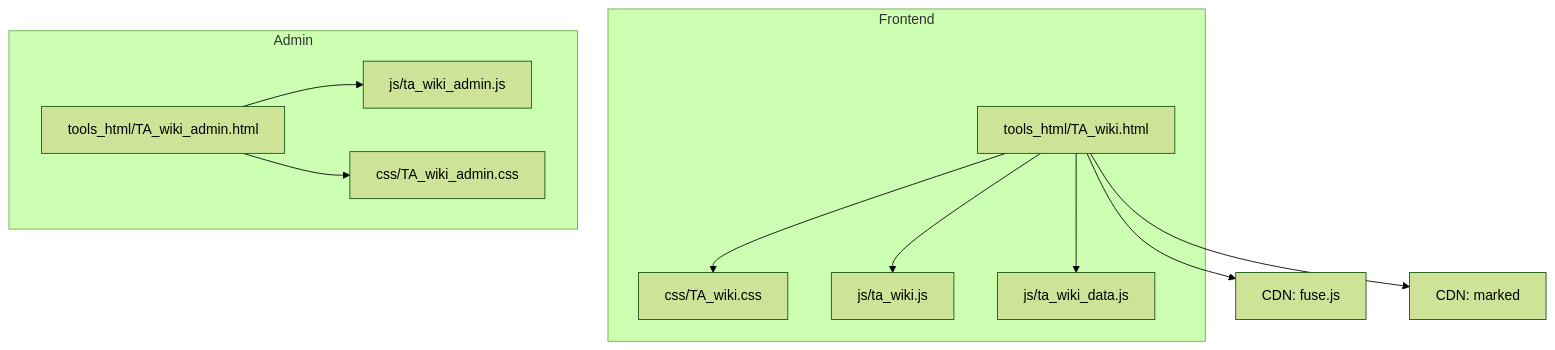
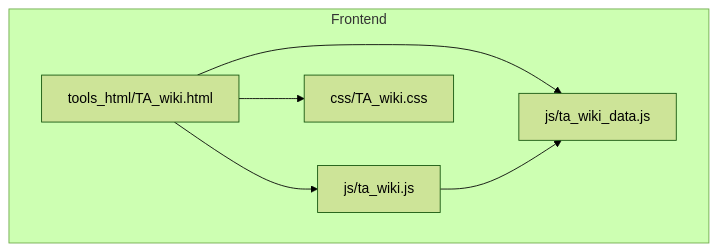
The first of 7 diagrams in .qoder/repowiki/en/content/Knowledge Base System/TA Wiki Frontend.md (treasureGrove/TAWEBTOOL), drawn with Mermaid (forest theme) before and after one commit. The commit also changed other lines of this file and 101 other files, not shown here.

````diff
--- a/.qoder/repowiki/en/content/Knowledge Base System/TA Wiki Frontend.md
+++ b/.qoder/repowiki/en/content/Knowledge Base System/TA Wiki Frontend.md
@@ -35,23 +39,13 @@
 ```mermaid
 graph TB
 subgraph "Frontend"
 HTML["tools_html/TA_wiki.html"]
 CSS["css/TA_wiki.css"]
 JS["js/ta_wiki.js"]
 DATA["js/ta_wiki_data.js"]
 end
-subgraph "Admin"
-ADMIN_HTML["tools_html/TA_wiki_admin.html"]
-ADMIN_CSS["css/TA_wiki_admin.css"]
-ADMIN_JS["js/ta_wiki_admin.js"]
-end
-CDN_FUSE["CDN: fuse.js"]
-CDN_MARKED["CDN: marked"]
 HTML --> JS
 HTML --> DATA
 HTML --> CSS
-HTML --> CDN_FUSE
-HTML --> CDN_MARKED
-ADMIN_HTML --> ADMIN_JS
-ADMIN_HTML --> ADMIN_CSS
+JS --> DATA
 ```
````
